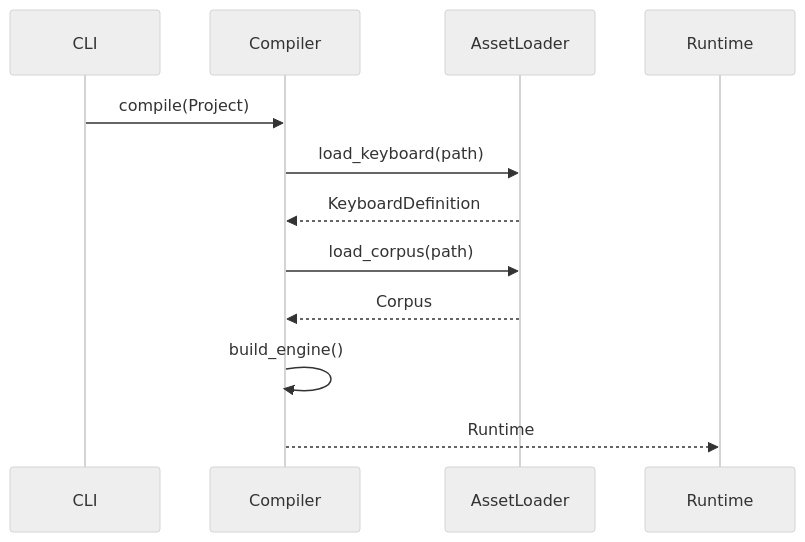
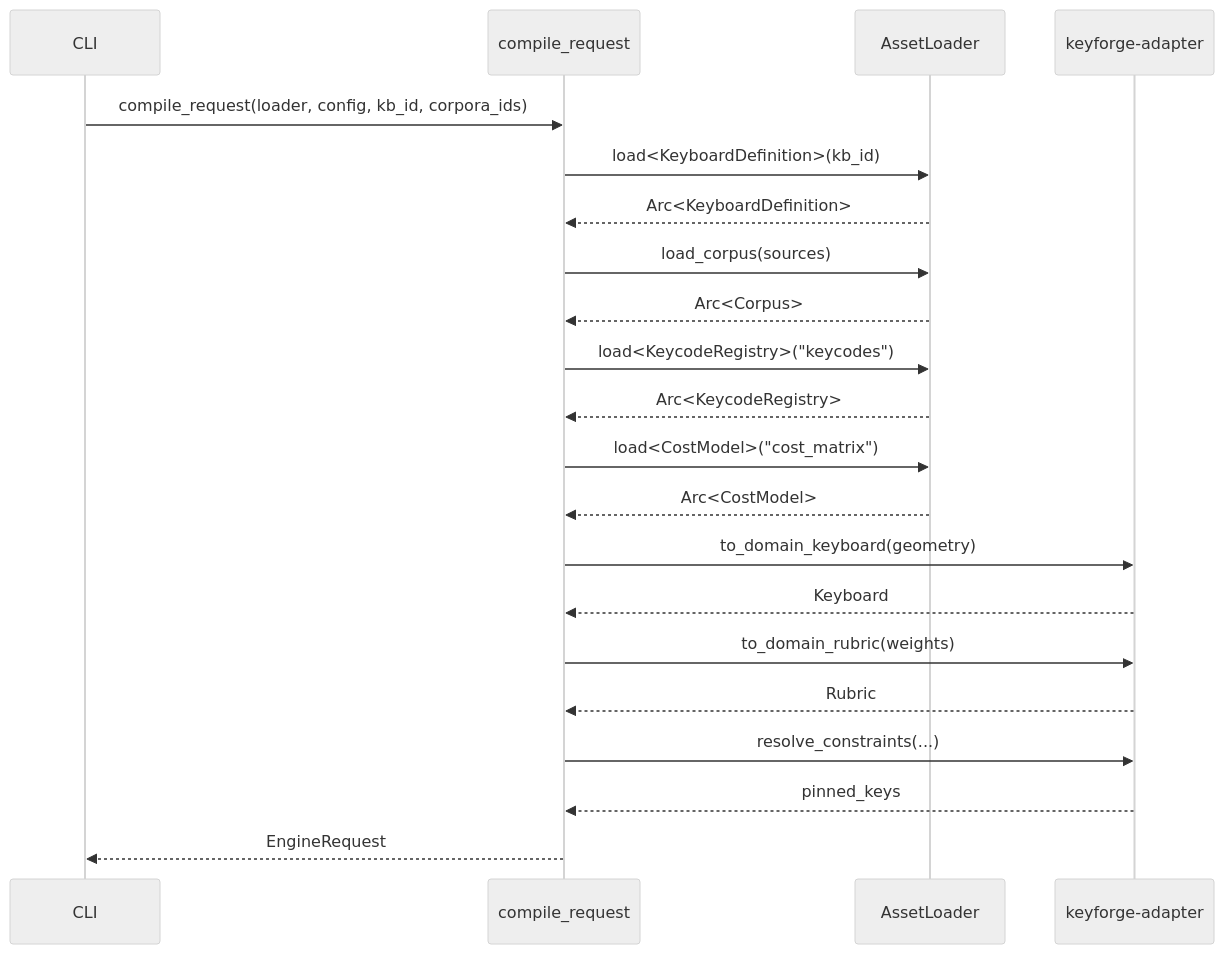
One commit to infodungeon/keyforge changed the first of 5 diagrams in docs/design/keyforge-persistence/README.md. Above: the diagram before and after it, drawn with Mermaid (neutral theme). The commit also changed other lines of this file and 63 other files, not shown here.

````diff
--- a/docs/design/keyforge-persistence/README.md
+++ b/docs/design/keyforge-persistence/README.md
@@ -13,19 +10,32 @@
 ```mermaid
 sequenceDiagram
     participant CLI
-    participant Compiler
+    participant Compiler as compile_request
     participant Loader as AssetLoader
-    participant Runtime
+    participant Adapter as keyforge-adapter
 
-    CLI->>Compiler: compile(Project)
+    CLI->>Compiler: compile_request(loader, config, kb_id, corpora_ids)
     
-    Compiler->>Loader: load_keyboard(path)
-    Loader-->>Compiler: KeyboardDefinition
+    Compiler->>Loader: load<KeyboardDefinition>(kb_id)
+    Loader-->>Compiler: Arc<KeyboardDefinition>
     
-    Compiler->>Loader: load_corpus(path)
-    Loader-->>Compiler: Corpus
+    Compiler->>Loader: load_corpus(sources)
+    Loader-->>Compiler: Arc<Corpus>
     
-    Compiler->>Compiler: build_engine()
+    Compiler->>Loader: load<KeycodeRegistry>("keycodes")
+    Loader-->>Compiler: Arc<KeycodeRegistry>
     
-    Compiler-->>Runtime: Runtime
+    Compiler->>Loader: load<CostModel>("cost_matrix")
+    Loader-->>Compiler: Arc<CostModel>
+    
+    Compiler->>Adapter: to_domain_keyboard(geometry)
+    Adapter-->>Compiler: Keyboard
+    
+    Compiler->>Adapter: to_domain_rubric(weights)
+    Adapter-->>Compiler: Rubric
+    
+    Compiler->>Adapter: resolve_constraints(...)
+    Adapter-->>Compiler: pinned_keys
+    
+    Compiler-->>CLI: EngineRequest
 ```
````
